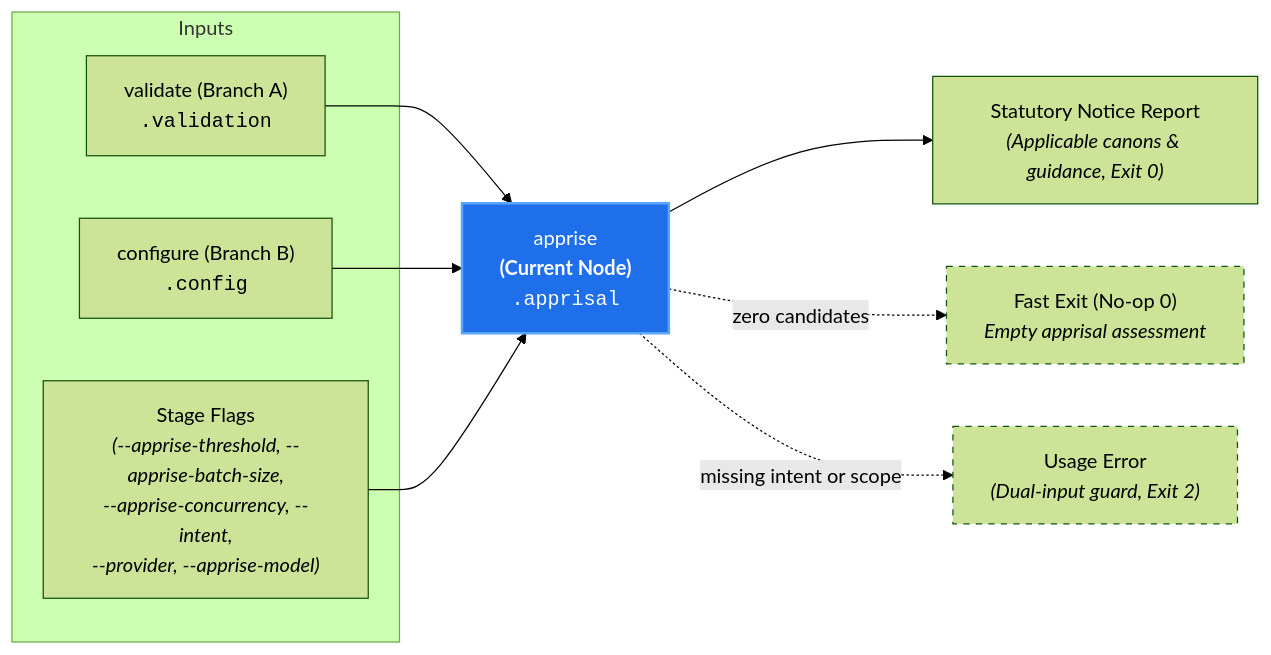
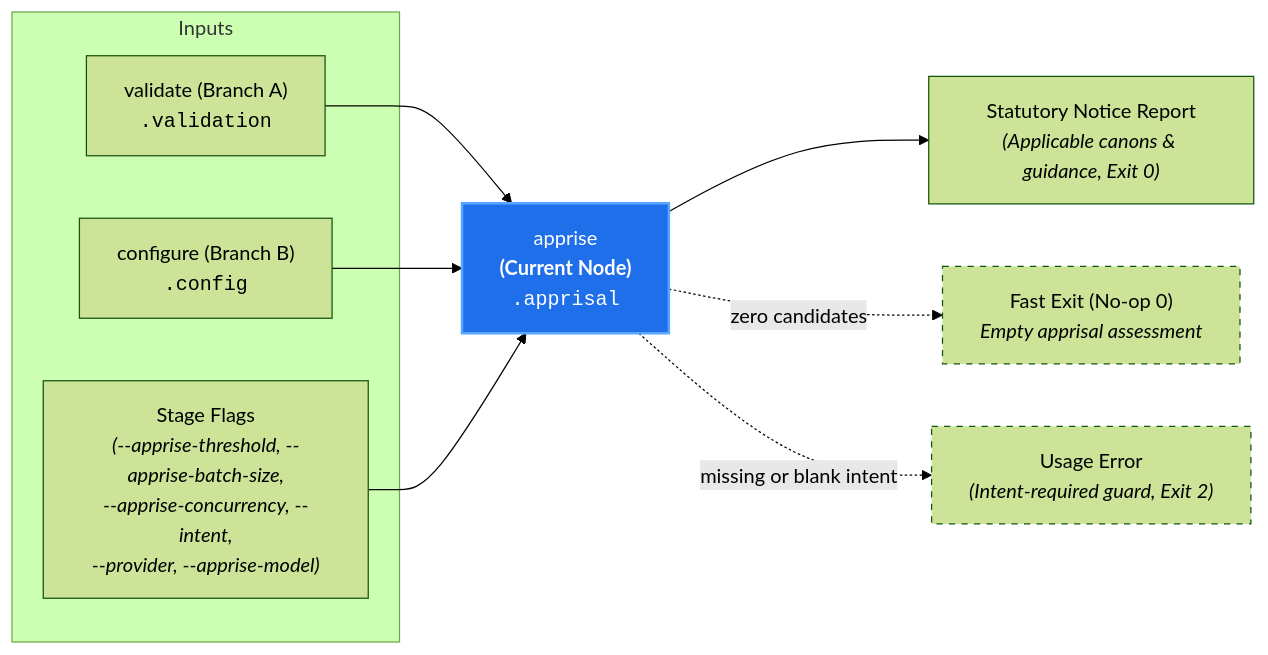
One commit to PAIR-code/canon-clerk changed the diagram in docs/architecture/nodes/apprise.md. Above: the diagram before and after it, drawn with Mermaid (forest theme). The commit also changed other lines of this file and 7 other files, not shown here.

First line of the commit message:
feat(spec,cli): default apprise to --all-canons when intent is provided without explicit scope (#396) (#444)

````diff
--- a/docs/architecture/nodes/apprise.md
+++ b/docs/architecture/nodes/apprise.md
@@ -24,20 +24,20 @@
 ```mermaid
 flowchart LR
     subgraph Inputs["Inputs"]
         Validate["validate (Branch A)<br/><code>.validation</code>"]
         Config["configure (Branch B)<br/><code>.config</code>"]
         Params["Stage Flags<br/><i>(--apprise-threshold, --apprise-batch-size,<br/>--apprise-concurrency, --intent,<br/>--provider, --apprise-model)</i>"]
     end
 
     Validate --> Apprise["apprise<br/><b>(Current Node)</b><br/><code>.apprisal</code>"]
     Config --> Apprise
     Params --> Apprise
 
     Apprise --> Notice["Statutory Notice Report<br/><i>(Applicable canons & guidance, Exit 0)</i>"]
     Apprise -. "zero candidates" .-> EmptyNotice["Fast Exit (No-op 0)<br/><i>Empty apprisal assessment</i>"]
-    Apprise -. "missing intent or scope" .-> UsageError["Usage Error<br/><i>(Dual-input guard, Exit 2)</i>"]
+    Apprise -. "missing or blank intent" .-> UsageError["Usage Error<br/><i>(Intent-required guard, Exit 2)</i>"]
 
     style Apprise fill:#1f6feb,stroke:#58a6ff,stroke-width:2px,color:#fff
     style EmptyNotice stroke-dasharray: 5 5
     style UsageError stroke-dasharray: 5 5
 ```
````
